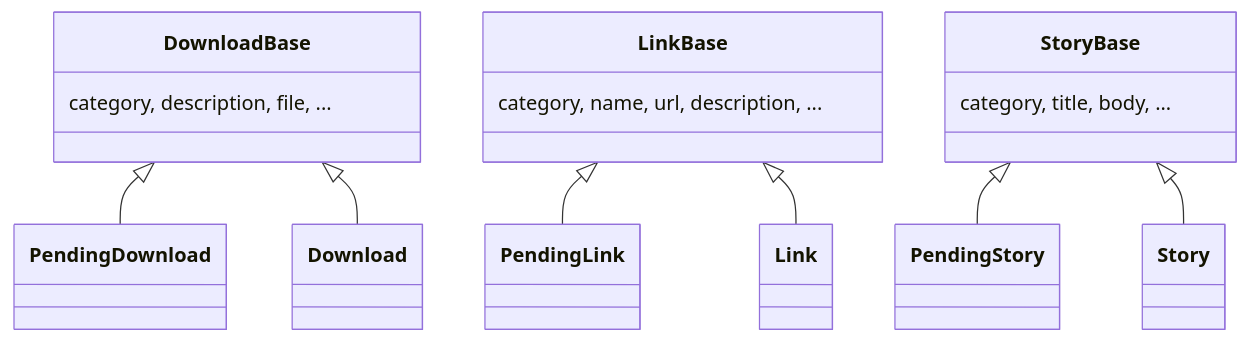
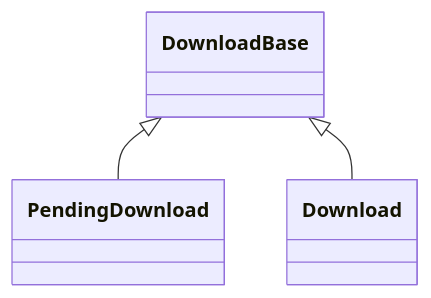
The second of 2 diagrams in .agents/summary/data_models.md (gremmie/sg101), drawn with Mermaid before and after one commit. The commit also changed other lines of this file and 9 other files, not shown here.

````diff
--- a/.agents/summary/data_models.md
+++ b/.agents/summary/data_models.md
@@ -74,14 +29,8 @@
 ```mermaid
 classDiagram
-    class DownloadBase { category, description, file, ... }
+    class DownloadBase
+    class PendingDownload
+    class Download
     DownloadBase <|-- PendingDownload
     DownloadBase <|-- Download
-
-    class LinkBase { category, name, url, description, ... }
-    LinkBase <|-- PendingLink
-    LinkBase <|-- Link
-
-    class StoryBase { category, title, body, ... }
-    StoryBase <|-- PendingStory
-    StoryBase <|-- Story
 ```
````
